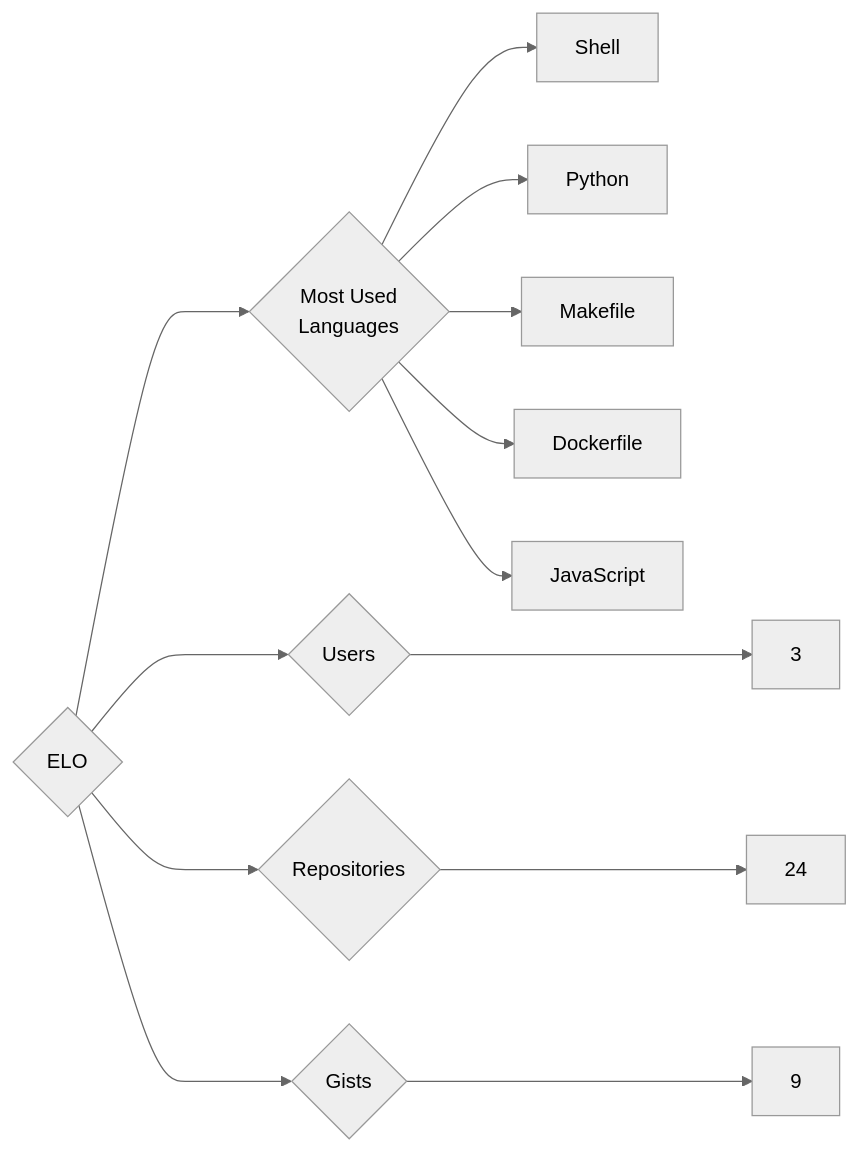
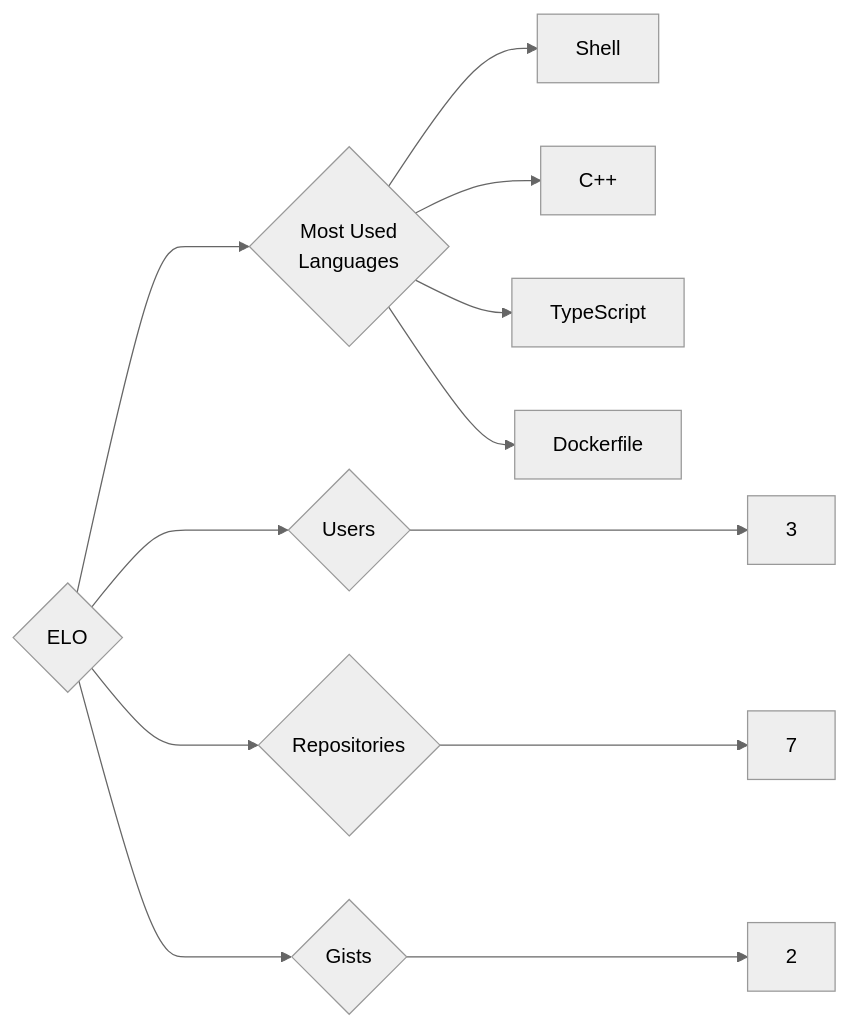
Before and after one commit to trickest/insiders: the diagram in targets/ELO/README.md, drawn with Mermaid (neutral theme). The commit also changed 1007 other files, not shown here.

````diff
--- a/targets/ELO/README.md
+++ b/targets/ELO/README.md
@@ -3,13 +3,12 @@
 ```mermaid
 graph LR
 COMPANY_NAME{ELO}
 COMPANY_NAME ---> U{Users} ---> UN[3]
-COMPANY_NAME ---> R{Repositories} ---> RN[24]
-COMPANY_NAME ---> G{Gists} ---> GN[9]
+COMPANY_NAME ---> R{Repositories} ---> RN[7]
+COMPANY_NAME ---> G{Gists} ---> GN[2]
 COMPANY_NAME ---> ML{Most Used<br>Languages}
 ML --> Shell[Shell]
-ML --> Python[Python]
-ML --> Makefile[Makefile]
+ML --> C++[C++]
+ML --> TypeScript[TypeScript]
 ML --> Dockerfile[Dockerfile]
-ML --> JavaScript[JavaScript]
 ```
````
